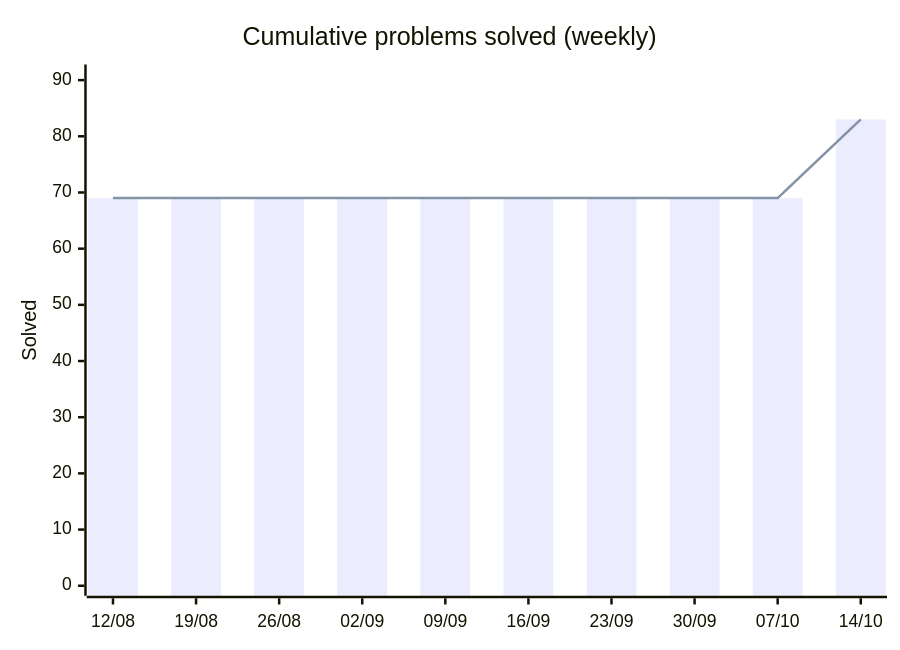
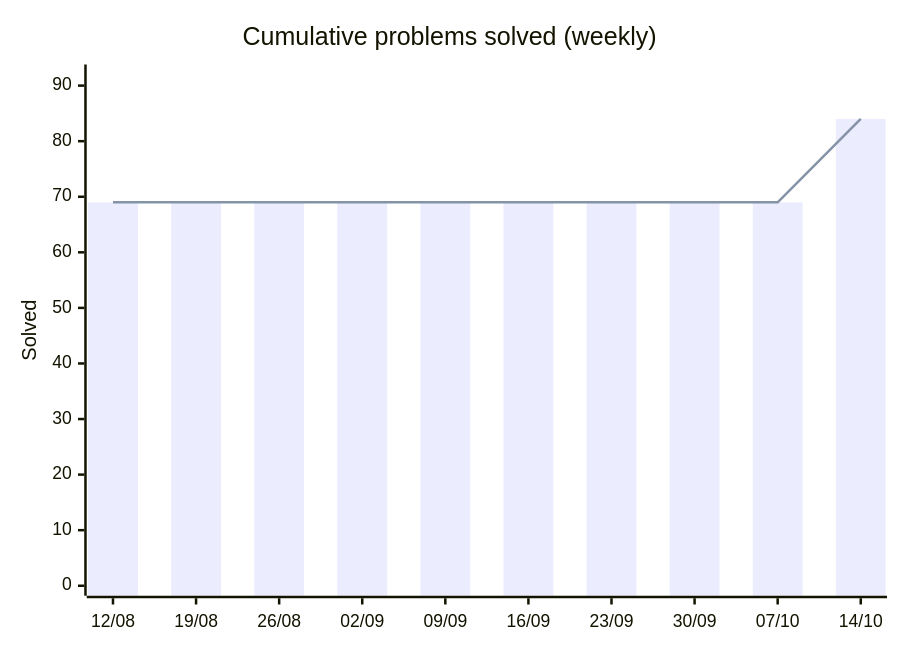
The first of 2 diagrams in README.md (HarryTrn/TensorTonic-Solutions), drawn with Mermaid before and after one commit. The commit also changed other lines of this file, not shown here.

````diff
--- a/README.md
+++ b/README.md
@@ -65,8 +65,8 @@
 ```mermaid
 xychart-beta
     title "Cumulative problems solved (weekly)"
     x-axis ["12/08", "19/08", "26/08", "02/09", "09/09", "16/09", "23/09", "30/09", "07/10", "14/10"]
-    y-axis "Solved" 0 --> 91
-    bar [69, 69, 69, 69, 69, 69, 69, 69, 69, 83]
-    line [69, 69, 69, 69, 69, 69, 69, 69, 69, 83]
+    y-axis "Solved" 0 --> 92
+    bar [69, 69, 69, 69, 69, 69, 69, 69, 69, 84]
+    line [69, 69, 69, 69, 69, 69, 69, 69, 69, 84]
 ```
````
